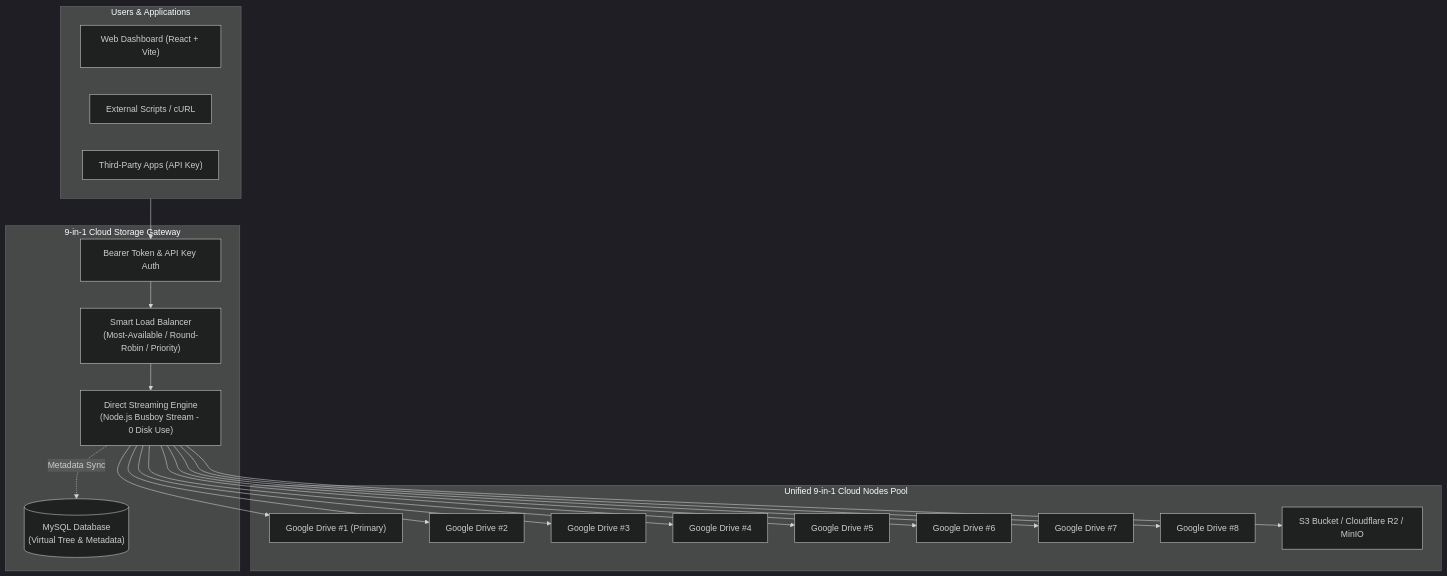
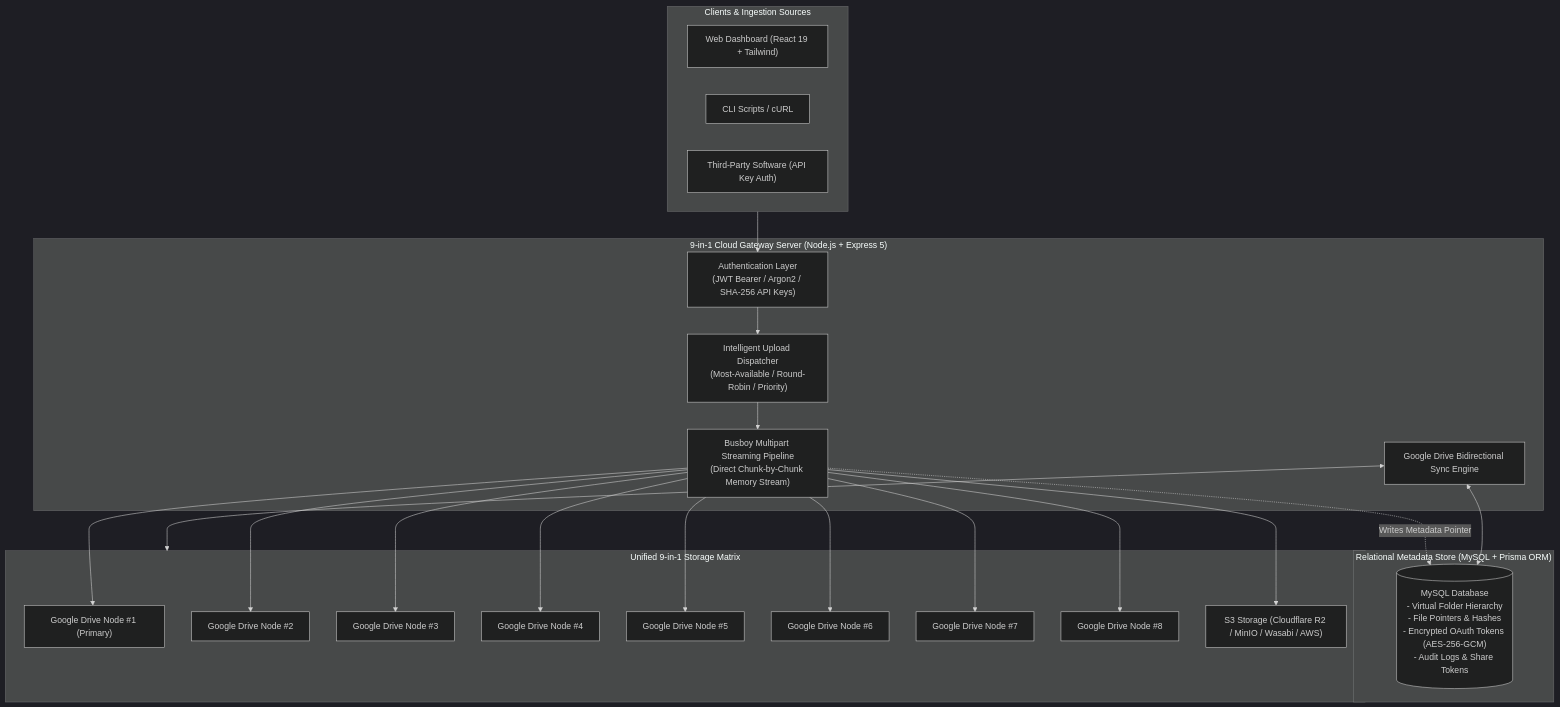
Before and after one commit to smartworldarafath/9-in-1-Cloud: the diagram in README.md, drawn with Mermaid (dark theme). The commit also changed other lines of this file and 1 other file, not shown here.

Commit message:
docs: deeply elaborate architecture, setup, algorithms in README and upgrade demo app with butter-smooth animations, dark/light mode, and settings

````diff
--- a/README.md
+++ b/README.md
@@ -61,41 +69,47 @@
 ```mermaid
 flowchart TD
-    subgraph Clients["Users & Applications"]
-        UI["Web Dashboard (React + Vite)"]
-        CLI["External Scripts / cURL"]
-        APP["Third-Party Apps (API Key)"]
+    subgraph Clients["Clients & Ingestion Sources"]
+        UI["Web Dashboard (React 19 + Tailwind)"]
+        CLI["CLI Scripts / cURL"]
+        APP["Third-Party Software (API Key Auth)"]
     end
 
-    subgraph Gateway["9-in-1 Cloud Storage Gateway"]
-        AUTH["Bearer Token & API Key Auth"]
-        ROUTER["Smart Load Balancer\n(Most-Available / Round-Robin / Priority)"]
-        STREAM["Direct Streaming Engine\n(Node.js Busboy Stream - 0 Disk Use)"]
-        DB[("MySQL Database\n(Virtual Tree & Metadata)")]
+    subgraph GatewayCore["9-in-1 Cloud Gateway Server (Node.js + Express 5)"]
+        AUTH["Authentication Layer\n(JWT Bearer / Argon2 / SHA-256 API Keys)"]
+        DISPATCHER["Intelligent Upload Dispatcher\n(Most-Available / Round-Robin / Priority)"]
+        BUSBOY["Busboy Multipart Streaming Pipeline\n(Direct Chunk-by-Chunk Memory Stream)"]
+        SYNC["Google Drive Bidirectional Sync Engine"]
     end
 
-    subgraph CloudNodes["Unified 9-in-1 Cloud Nodes Pool"]
-        GD1["Google Drive #1 (Primary)"]
-        GD2["Google Drive #2"]
-        GD3["Google Drive #3"]
-        GD4["Google Drive #4"]
-        GD5["Google Drive #5"]
-        GD6["Google Drive #6"]
-        GD7["Google Drive #7"]
-        GD8["Google Drive #8"]
-        S3["S3 Bucket / Cloudflare R2 / MinIO"]
+    subgraph Database["Relational Metadata Store (MySQL + Prisma ORM)"]
+        SCHEMA[("MySQL Database\n- Virtual Folder Hierarchy\n- File Pointers & Hashes\n- Encrypted OAuth Tokens (AES-256-GCM)\n- Audit Logs & Share Tokens")]
+    end
+
+    subgraph StorageMatrix["Unified 9-in-1 Storage Matrix"]
+        GD1["Google Drive Node #1 (Primary)"]
+        GD2["Google Drive Node #2"]
+        GD3["Google Drive Node #3"]
+        GD4["Google Drive Node #4"]
+        GD5["Google Drive Node #5"]
+        GD6["Google Drive Node #6"]
+        GD7["Google Drive Node #7"]
+        GD8["Google Drive Node #8"]
+        S3["S3 Storage (Cloudflare R2 / MinIO / Wasabi / AWS)"]
     end
 
     Clients --> AUTH
-    AUTH --> ROUTER
-    ROUTER --> STREAM
-    STREAM --> GD1
-    STREAM --> GD2
-    STREAM --> GD3
-    STREAM --> GD4
-    STREAM --> GD5
-    STREAM --> GD6
-    STREAM --> GD7
-    STREAM --> GD8
-    STREAM --> S3
-    STREAM -. Metadata Sync .-> DB
+    AUTH --> DISPATCHER
+    DISPATCHER --> BUSBOY
+    BUSBOY --> GD1
+    BUSBOY --> GD2
+    BUSBOY --> GD3
+    BUSBOY --> GD4
+    BUSBOY --> GD5
+    BUSBOY --> GD6
+    BUSBOY --> GD7
+    BUSBOY --> GD8
+    BUSBOY --> S3
+    BUSBOY -. Writes Metadata Pointer .-> SCHEMA
+    SYNC <--> StorageMatrix
+    SYNC <--> SCHEMA
 ```
````
